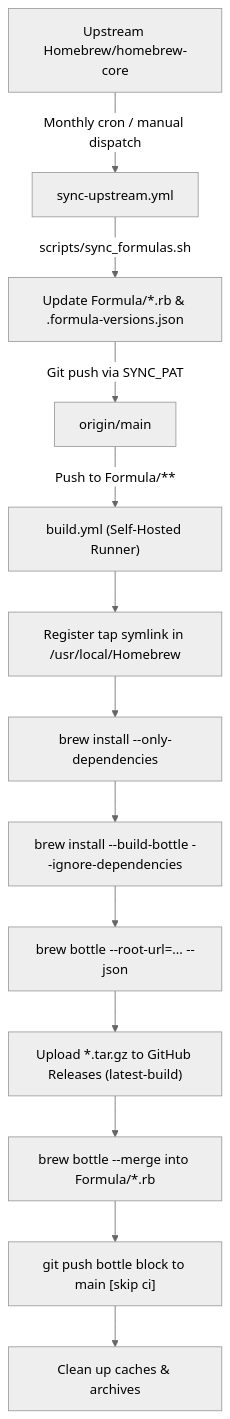
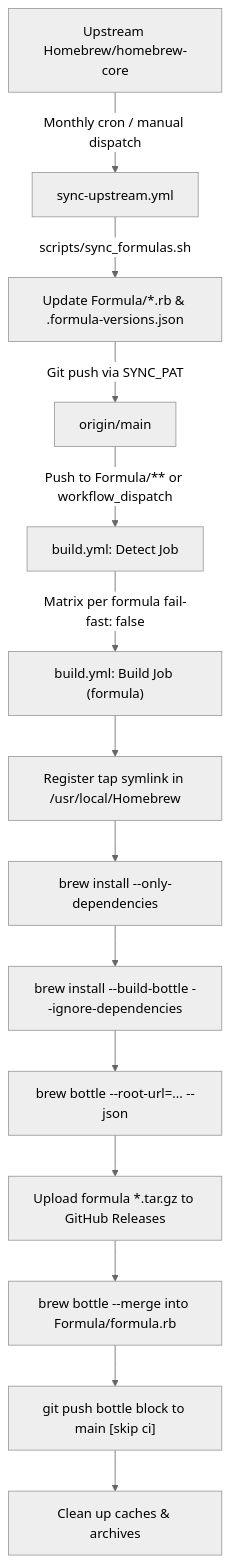
Before and after one commit to Jaewoook/homebrew-nal: the diagram in README.md, drawn with Mermaid (neutral theme). The commit also changed other lines of this file and 1 other file, not shown here.

Commit message:
Isolate formula builds in matrix and enable selective manual dispatch

````diff
--- a/README.md
+++ b/README.md
@@ -50,15 +50,16 @@
 ```mermaid
 flowchart TD
     A["Upstream Homebrew/homebrew-core"] -->|Monthly cron / manual dispatch| B["sync-upstream.yml"]
     B -->|scripts/sync_formulas.sh| C["Update Formula/*.rb & .formula-versions.json"]
     C -->|Git push via SYNC_PAT| D["origin/main"]
-    D -->|Push to Formula/**| E["build.yml (Self-Hosted Runner)"]
-    E --> F["Register tap symlink in /usr/local/Homebrew"]
-    F --> G["brew install --only-dependencies"]
-    G --> H["brew install --build-bottle --ignore-dependencies"]
-    H --> I["brew bottle --root-url=... --json"]
-    I --> J["Upload *.tar.gz to GitHub Releases (latest-build)"]
-    J --> K["brew bottle --merge into Formula/*.rb"]
-    K --> L["git push bottle block to main [skip ci]"]
-    L --> M["Clean up caches & archives"]
+    D -->|Push to Formula/** or workflow_dispatch| E["build.yml: Detect Job"]
+    E -->|Matrix per formula fail-fast: false| F["build.yml: Build Job (formula)"]
+    F --> G["Register tap symlink in /usr/local/Homebrew"]
+    G --> H["brew install --only-dependencies"]
+    H --> I["brew install --build-bottle --ignore-dependencies"]
+    I --> J["brew bottle --root-url=... --json"]
+    J --> K["Upload formula *.tar.gz to GitHub Releases"]
+    K --> L["brew bottle --merge into Formula/formula.rb"]
+    L --> M["git push bottle block to main [skip ci]"]
+    M --> N["Clean up caches & archives"]
 ```
````
